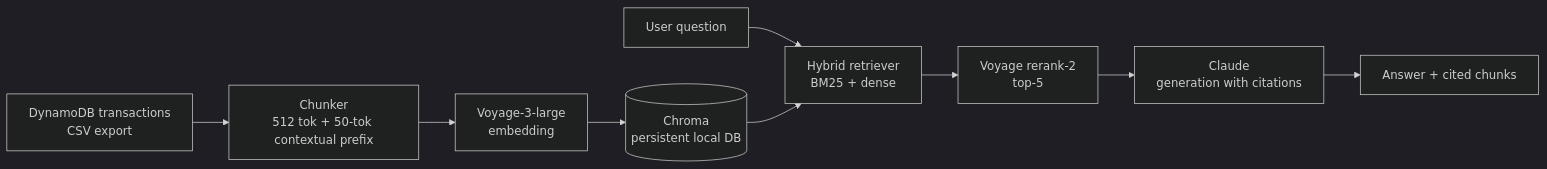
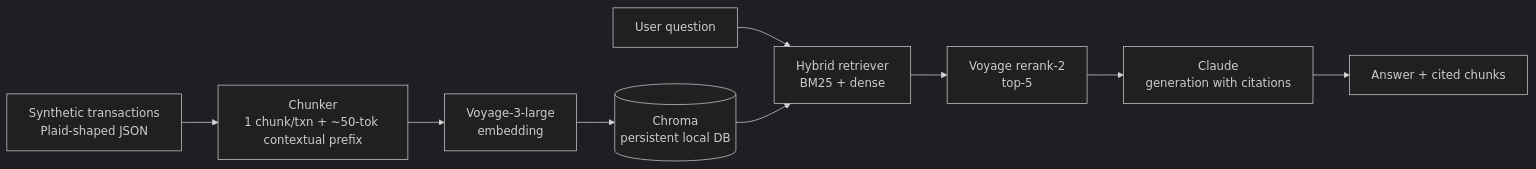
One commit to HarshPatel7x/finance-pipeline-rag changed the diagram in README.md. Above: the diagram before and after it, drawn with Mermaid (dark theme). The commit also changed other lines of this file and 6 other files, not shown here.

````diff
--- a/README.md
+++ b/README.md
@@ -27,11 +27,11 @@
 ```mermaid
 flowchart LR
-    A[DynamoDB transactions<br/>CSV export] --> B[Chunker<br/>512 tok + 50-tok contextual prefix]
+    A[Synthetic transactions<br/>Plaid-shaped JSON] --> B[Chunker<br/>1 chunk/txn + ~50-tok contextual prefix]
     B --> C[Voyage-3-large<br/>embedding]
     C --> D[(Chroma<br/>persistent local DB)]
     Q[User question] --> E[Hybrid retriever<br/>BM25 + dense]
     D --> E
     E --> F[Voyage rerank-2<br/>top-5]
     F --> G[Claude<br/>generation with citations]
     G --> H[Answer + cited chunks]
 ```
````
